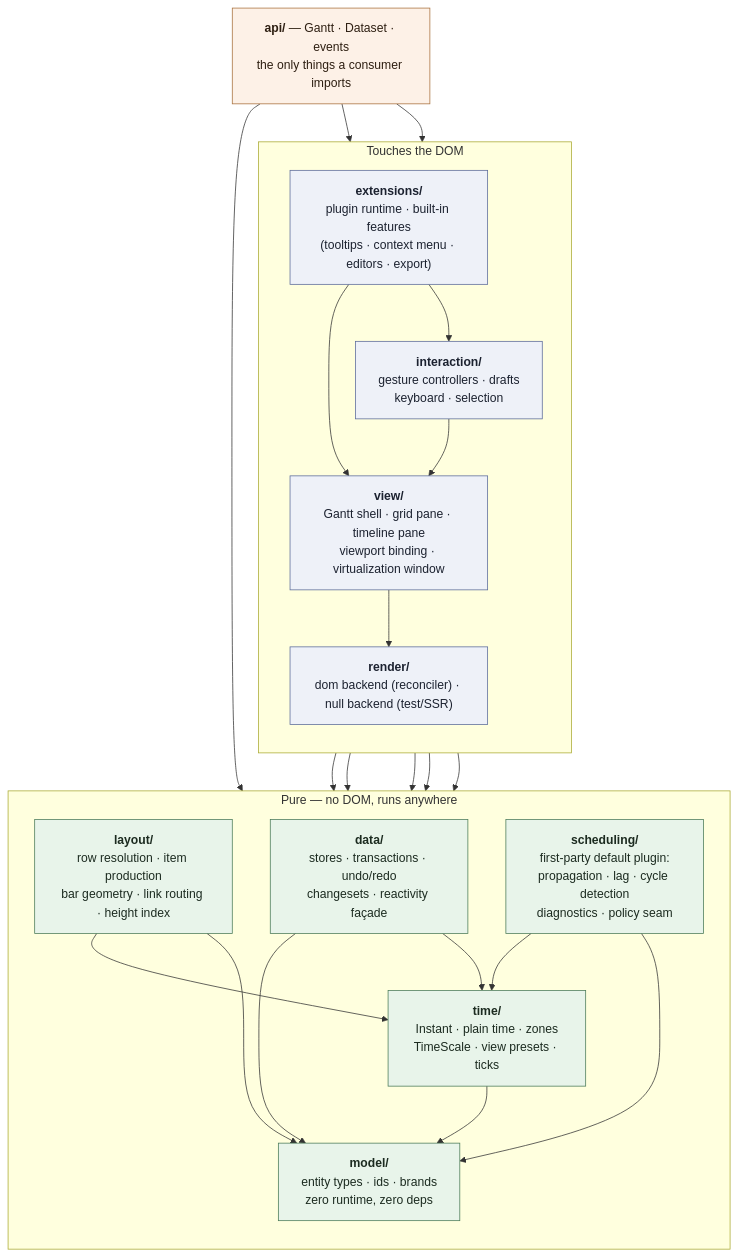
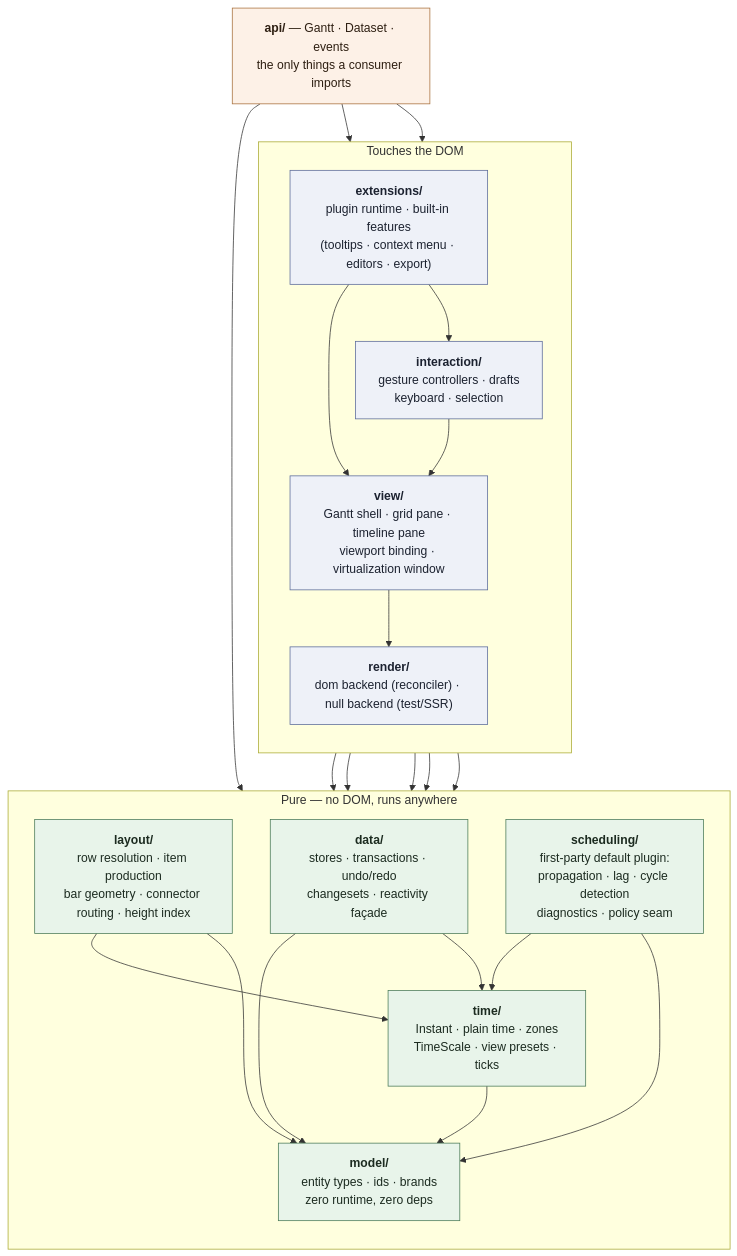
The first of 6 diagrams in plans/01-domain-architecture.md (freegantt/freegantt), drawn with Mermaid before and after one commit. The commit also changed other lines of this file and 1 other file, not shown here.

Commit message:
plans: S7 slice text and domain architecture use connector words

````diff
--- a/plans/01-domain-architecture.md
+++ b/plans/01-domain-architecture.md
@@ -11,48 +11,48 @@
 ```mermaid
 flowchart TB
   subgraph domside["Touches the DOM"]
     direction TB
     EXT["<b>extensions/</b><br/>plugin runtime · built-in features<br/>(tooltips · context menu · editors · export)"]
     INT["<b>interaction/</b><br/>gesture controllers · drafts<br/>keyboard · selection"]
     VIEW["<b>view/</b><br/>Gantt shell · grid pane · timeline pane<br/>viewport binding · virtualization window"]
     REN["<b>render/</b><br/>dom backend (reconciler) · null backend (test/SSR)"]
   end
 
   subgraph pureside["Pure — no DOM, runs anywhere"]
     direction TB
-    LAY["<b>layout/</b><br/>row resolution · item production<br/>bar geometry · link routing · height index"]
+    LAY["<b>layout/</b><br/>row resolution · item production<br/>bar geometry · connector routing · height index"]
     SCH["<b>scheduling/</b><br/>first-party default plugin:<br/>propagation · lag · cycle detection<br/>diagnostics · policy seam"]
     DATA["<b>data/</b><br/>stores · transactions · undo/redo<br/>changesets · reactivity façade"]
     TIME["<b>time/</b><br/>Instant · plain time · zones<br/>TimeScale · view presets · ticks"]
     MODEL["<b>model/</b><br/>entity types · ids · brands<br/>zero runtime, zero deps"]
   end
 
   API["<b>api/</b> — Gantt · Dataset · events<br/>the only things a consumer imports"]
 
   API --> VIEW
   API --> DATA
   API --> INT
   EXT --> VIEW
   EXT --> INT
   INT --> VIEW
   INT --> DATA
   INT --> MODEL
   VIEW --> REN
   VIEW --> LAY
   VIEW --> DATA
   REN --> LAY
   LAY --> TIME
   LAY --> MODEL
   DATA --> MODEL
   DATA --> TIME
   SCH --> TIME
   SCH --> MODEL
   TIME --> MODEL
 
   classDef pure fill:#e8f4ea,stroke:#4a7a58,color:#1c2b20
   classDef dom fill:#eef1f8,stroke:#5a6a9a,color:#1c2230
   classDef apic fill:#fdf1e7,stroke:#a8703c,color:#2e1f12
   class MODEL,TIME,DATA,SCH,LAY pure
   class EXT,INT,VIEW,REN dom
   class API apic
 ```
````
